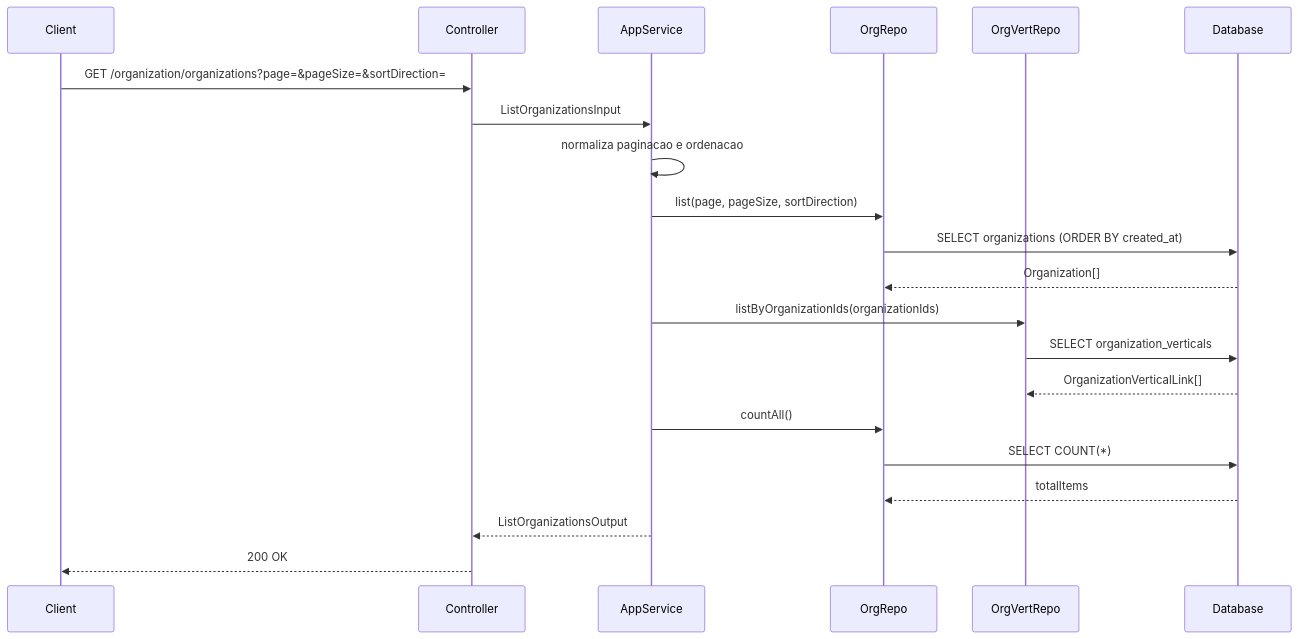
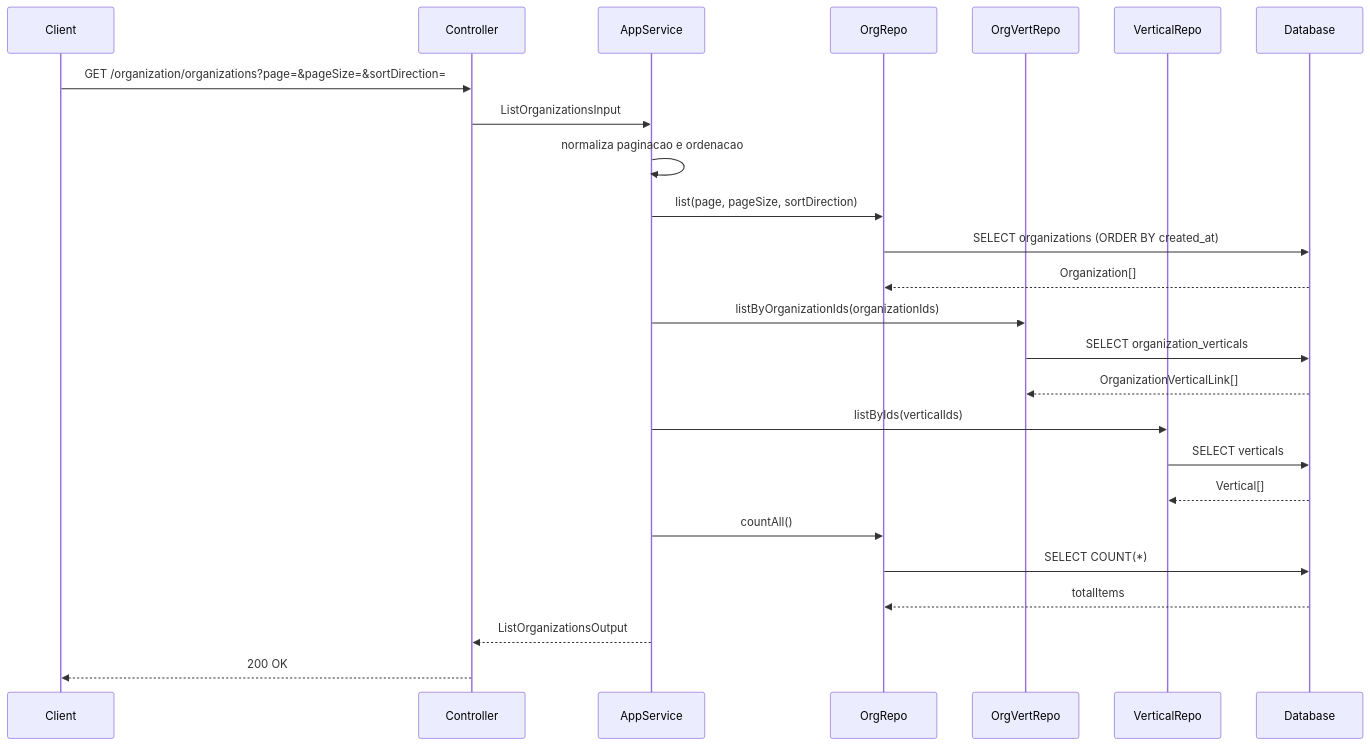
The second of 7 diagrams in specs/modules/organization/07-list-organizations/design.md (CSousa-Dev/smart-delivery), drawn with Mermaid before and after one commit. The commit also changed other lines of this file and 107 other files, not shown here.

````diff
--- a/specs/modules/organization/07-list-organizations/design.md
+++ b/specs/modules/organization/07-list-organizations/design.md
@@ -121,29 +148,34 @@
 ```mermaid
 sequenceDiagram
     participant Client
     participant Controller
     participant AppService
     participant OrgRepo
     participant OrgVertRepo
+    participant VerticalRepo
     participant Database
 
     Client->>Controller: GET /organization/organizations?page=&pageSize=&sortDirection=
     Controller->>AppService: ListOrganizationsInput
 
     AppService->>AppService: normaliza paginacao e ordenacao
 
     AppService->>OrgRepo: list(page, pageSize, sortDirection)
     OrgRepo->>Database: SELECT organizations (ORDER BY created_at)
     Database-->>OrgRepo: Organization[]
 
     AppService->>OrgVertRepo: listByOrganizationIds(organizationIds)
     OrgVertRepo->>Database: SELECT organization_verticals
     Database-->>OrgVertRepo: OrganizationVerticalLink[]
 
+    AppService->>VerticalRepo: listByIds(verticalIds)
+    VerticalRepo->>Database: SELECT verticals
+    Database-->>VerticalRepo: Vertical[]
+
     AppService->>OrgRepo: countAll()
     OrgRepo->>Database: SELECT COUNT(*)
     Database-->>OrgRepo: totalItems
 
     AppService-->>Controller: ListOrganizationsOutput
     Controller-->>Client: 200 OK
 ```
````
